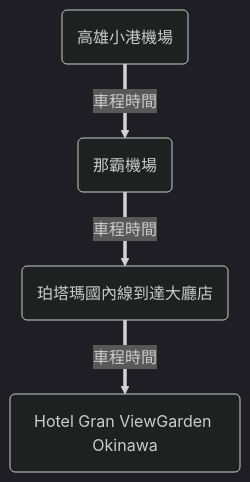
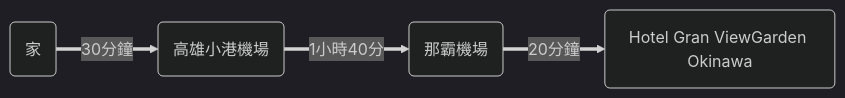
Before and after one commit to wilder640/trip: the seventh of 12 diagrams in docs/blog/posts/okinawa/okinawa-2024-12/okinawa-2024-12.md, drawn with Mermaid (dark theme). The commit also changed other lines of this file and 6 other files, not shown here.

````diff
--- a/docs/blog/posts/okinawa/okinawa-2024-12/okinawa-2024-12.md
+++ b/docs/blog/posts/okinawa/okinawa-2024-12/okinawa-2024-12.md
@@ -79,4 +64,4 @@
 ``` mermaid
-graph TD
-A(高雄小港機場) == 車程時間 ==> B(那霸機場) == 車程時間 ==> C(珀塔瑪國內線到達大廳店) == 車程時間 ==> D(Hotel Gran ViewGarden Okinawa)
+graph LR
+A(家) == 30分鐘 ==> B(高雄小港機場) == 1小時40分 ==> C(那霸機場) == 20分鐘 ==> E(Hotel Gran ViewGarden Okinawa)
 ```
````
